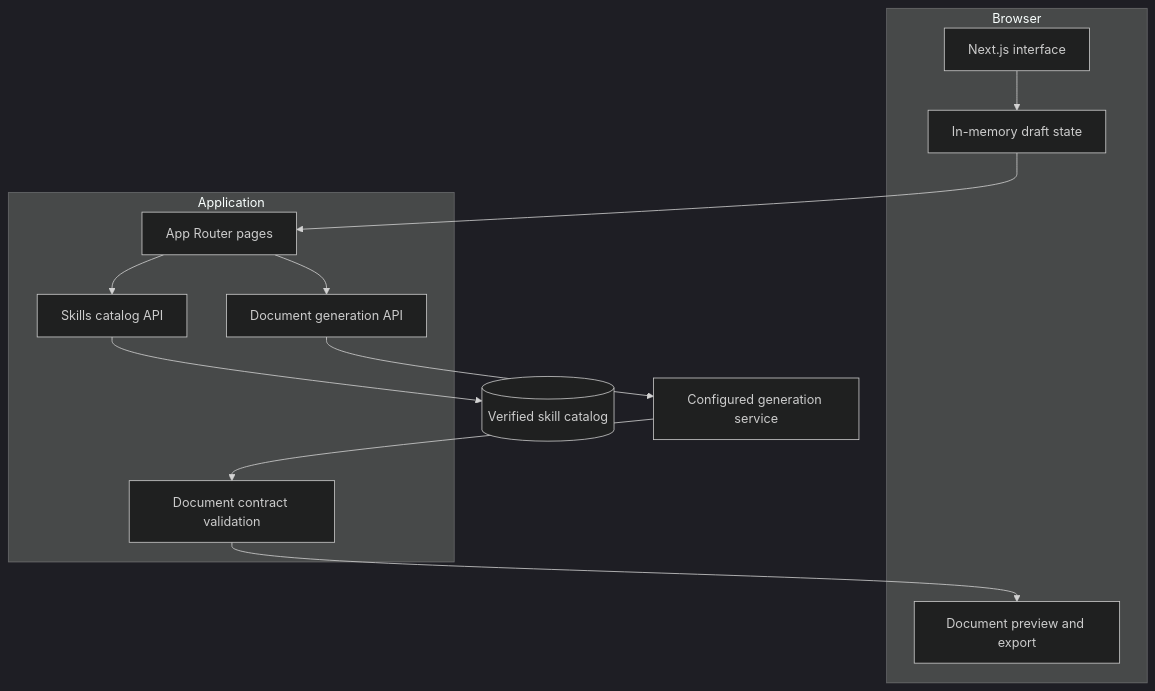
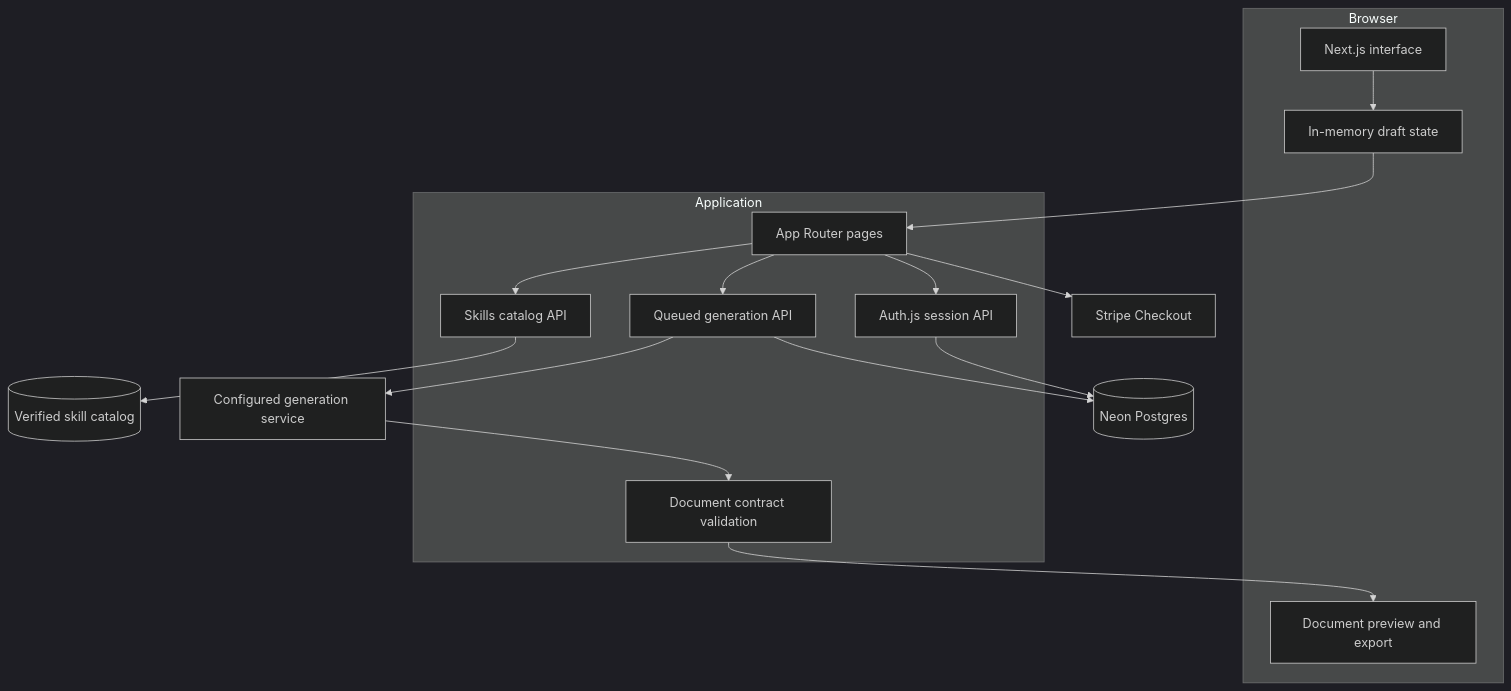
Before and after one commit to Maventlabs/anymd: the second of 2 diagrams in README.md, drawn with Mermaid (dark theme). The commit also changed other lines of this file and 55 other files, not shown here.

````diff
--- a/README.md
+++ b/README.md
@@ -52,27 +55,34 @@
 ```mermaid
 flowchart TB
     subgraph Browser
         UI[Next.js interface]
         State[In-memory draft state]
         Preview[Document preview and export]
     end
 
     subgraph Application
         Routes[App Router pages]
         Skills[Skills catalog API]
-        Generate[Document generation API]
+        Generate[Queued generation API]
+        Auth[Auth.js session API]
         Contract[Document contract validation]
     end
 
     Catalog[(Verified skill catalog)]
+    Database[(Neon Postgres)]
+    Stripe[Stripe Checkout]
     Service[Configured generation service]
 
     UI --> State
     State --> Routes
     Routes --> Skills
     Routes --> Generate
+    Routes --> Auth
     Skills --> Catalog
     Generate --> Service
+    Generate --> Database
+    Auth --> Database
+    Routes --> Stripe
     Service --> Contract
     Contract --> Preview
 ```
````
